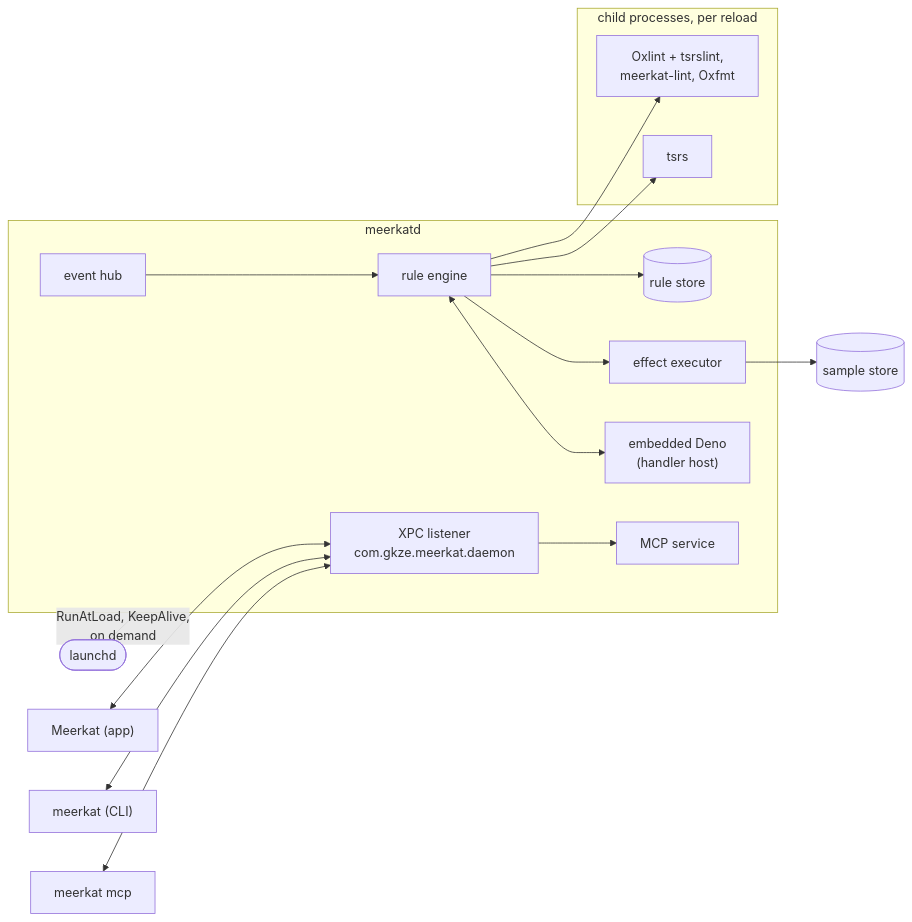
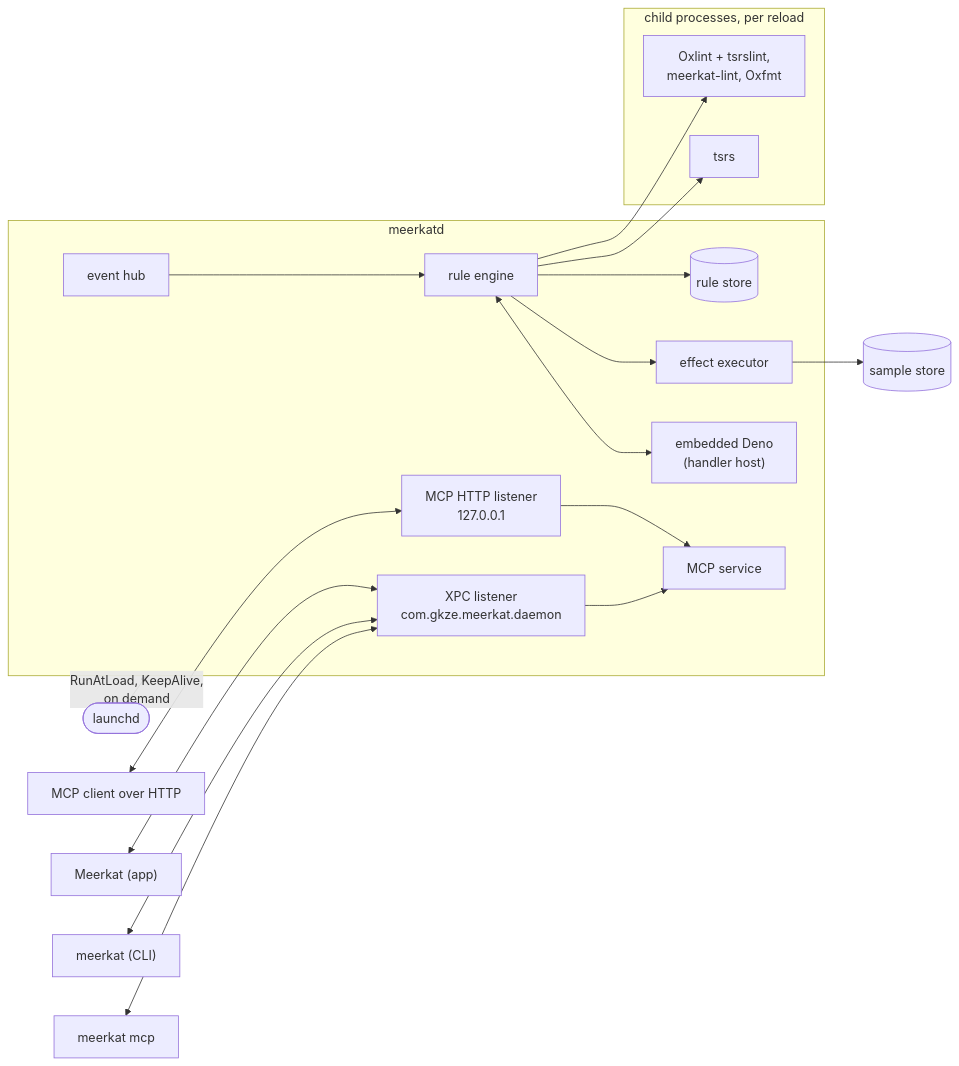
Before and after one commit to gkze/meerkat: the first of 7 diagrams in docs/design/meerkatd.md, drawn with Mermaid. The commit also changed other lines of this file and 32 other files, not shown here.

````diff
--- a/docs/design/meerkatd.md
+++ b/docs/design/meerkatd.md
@@ -286,33 +286,36 @@
 ```mermaid
 flowchart LR
     launchd(["launchd"]) -- "RunAtLoad, KeepAlive,<br/>on demand" --> daemon
 
     subgraph daemon["meerkatd"]
         listener["XPC listener<br/>com.gkze.meerkat.daemon"]
+        http["MCP HTTP listener<br/>127.0.0.1"]
         mcp["MCP service"]
         hub["event hub"]
         engine["rule engine"]
         executor["effect executor"]
         runtime["embedded Deno<br/>(handler host)"]
         store[("rule store")]
     end
 
     subgraph tools["child processes, per reload"]
         compiler["tsrs"]
         lint["Oxlint + tsrslint,<br/>meerkat-lint, Oxfmt"]
     end
 
     samples[("sample store")]
 
     hub --> engine
     engine <--> runtime
     engine --> executor
     engine --> store
     executor --> samples
     engine --> compiler
     engine --> lint
     listener --> mcp
+    http --> mcp
+    httpclient["MCP client over HTTP"] <--> http
     app["Meerkat (app)"] <--> listener
     cli["meerkat (CLI)"] <--> listener
     bridge["meerkat mcp"] <--> listener
 ```
````
